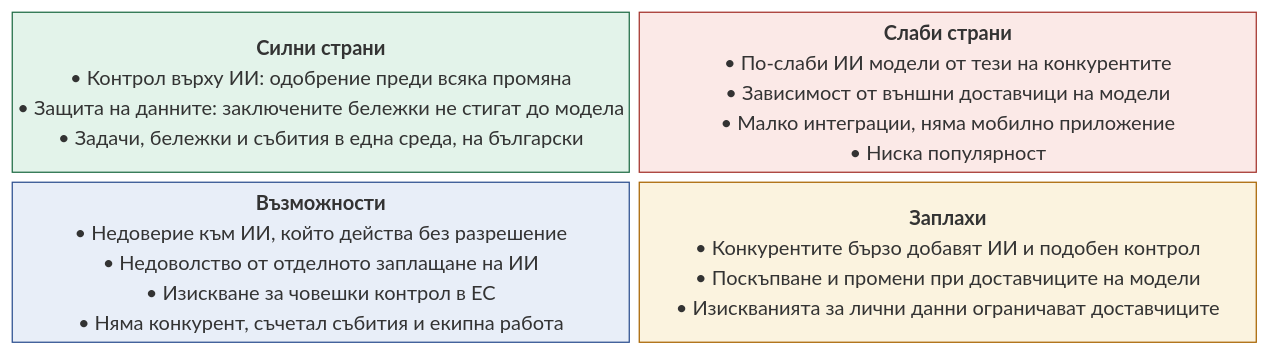
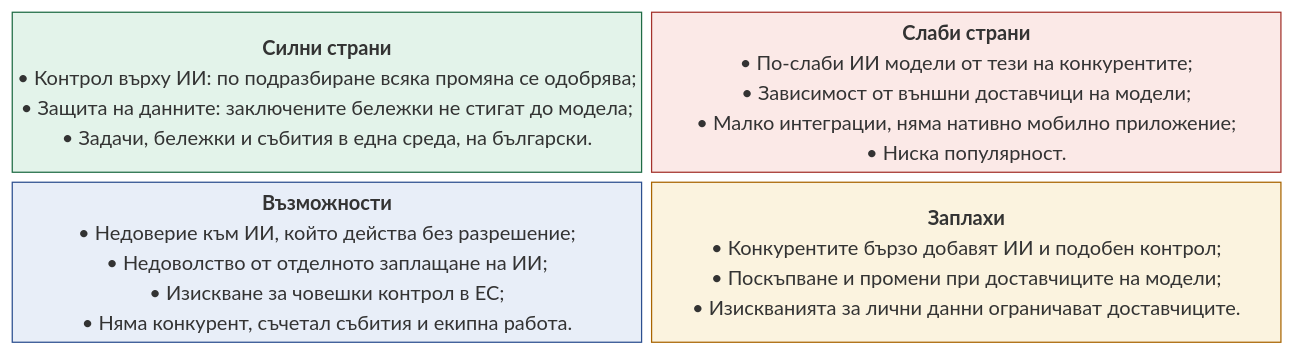
Before and after one commit to tuncheva/KAIROS: the first of 19 diagrams in docs/diploma/diagrams/GALLERY.md, drawn with Mermaid (neutral theme). The commit also changed other lines of this file and 68 other files, not shown here.

First line of the commit message:
fix(thesis): replace Word-drawn figures; apply approved diagram changes

````diff
--- a/docs/diploma/diagrams/GALLERY.md
+++ b/docs/diploma/diagrams/GALLERY.md
@@ -9,13 +9,13 @@
 ```mermaid
 %% Фигура 1 – SWOT анализ (по т. 1.7 от дипломната)
 block-beta
   columns 2
-  S["<b>Силни страни</b><br>• Контрол върху ИИ: одобрение преди всяка промяна<br>• Защита на данните: заключените бележки не стигат до модела<br>• Задачи, бележки и събития в една среда, на български"]
-  W["<b>Слаби страни</b><br>• По-слаби ИИ модели от тези на конкурентите<br>• Зависимост от външни доставчици на модели<br>• Малко интеграции, няма мобилно приложение<br>• Ниска популярност"]
-  O["<b>Възможности</b><br>• Недоверие към ИИ, който действа без разрешение<br>• Недоволство от отделното заплащане на ИИ<br>• Изискване за човешки контрол в ЕС<br>• Няма конкурент, съчетал събития и екипна работа"]
-  T["<b>Заплахи</b><br>• Конкурентите бързо добавят ИИ и подобен контрол<br>• Поскъпване и промени при доставчиците на модели<br>• Изискванията за лични данни ограничават доставчиците"]
+  S["<b>Силни страни</b><br>• Контрол върху ИИ: по подразбиране всяка промяна се одобрява;<br>• Защита на данните: заключените бележки не стигат до модела;<br>• Задачи, бележки и събития в една среда, на български."]
+  W["<b>Слаби страни</b><br>• По-слаби ИИ модели от тези на конкурентите;<br>• Зависимост от външни доставчици на модели;<br>• Малко интеграции, няма нативно мобилно приложение;<br>• Ниска популярност."]
+  O["<b>Възможности</b><br>• Недоверие към ИИ, който действа без разрешение;<br>• Недоволство от отделното заплащане на ИИ;<br>• Изискване за човешки контрол в ЕС;<br>• Няма конкурент, съчетал събития и екипна работа."]
+  T["<b>Заплахи</b><br>• Конкурентите бързо добавят ИИ и подобен контрол;<br>• Поскъпване и промени при доставчиците на модели;<br>• Изискванията за лични данни ограничават доставчиците."]
   style S fill:#e3f3ea,stroke:#1f6b45
   style W fill:#fbe9e7,stroke:#a3322b
   style O fill:#e8eef8,stroke:#2c4f8f
   style T fill:#fbf3df,stroke:#a86400
 ```
````
